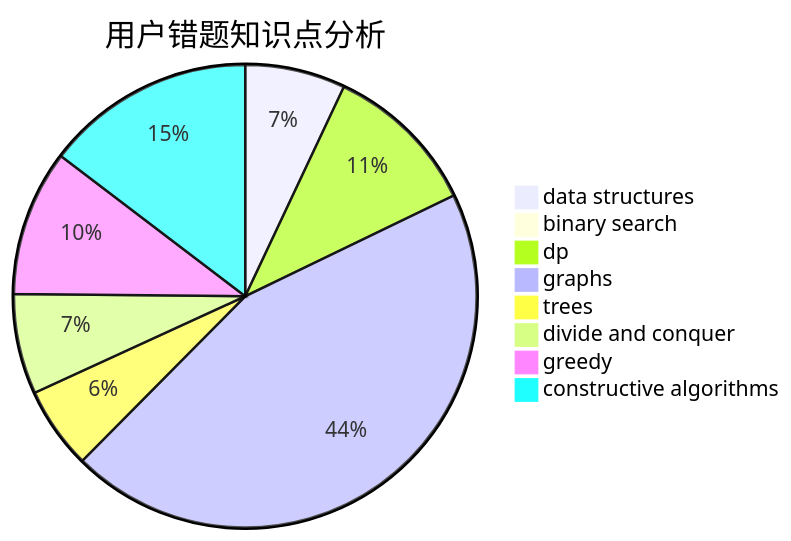
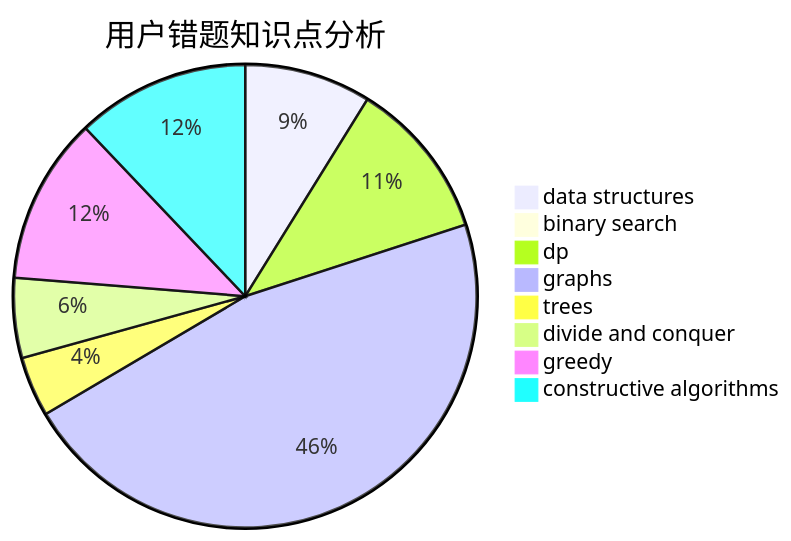
The third of 3 diagrams in docs/user/u1742.md (sherpahu/cfrs.github.io), drawn with Mermaid before and after one commit. The commit also changed other lines of this file and 2770 other files, not shown here.

````diff
--- a/docs/user/u1742.md
+++ b/docs/user/u1742.md
@@ -36,11 +36,11 @@
 ```mermaid
 pie title 用户错题知识点分析
-    "data structures" :  11
+    "data structures" :  19
     "binary search" :  1
-    "dp" :  17
-    "graphs" :  70
+    "dp" :  24
+    "graphs" :  100
     "trees" :  9
-    "divide and conquer" :  11
-    "greedy" :  16
-    "constructive algorithms" :  23
+    "divide and conquer" :  12
+    "greedy" :  25
+    "constructive algorithms" :  26
 ```
````
